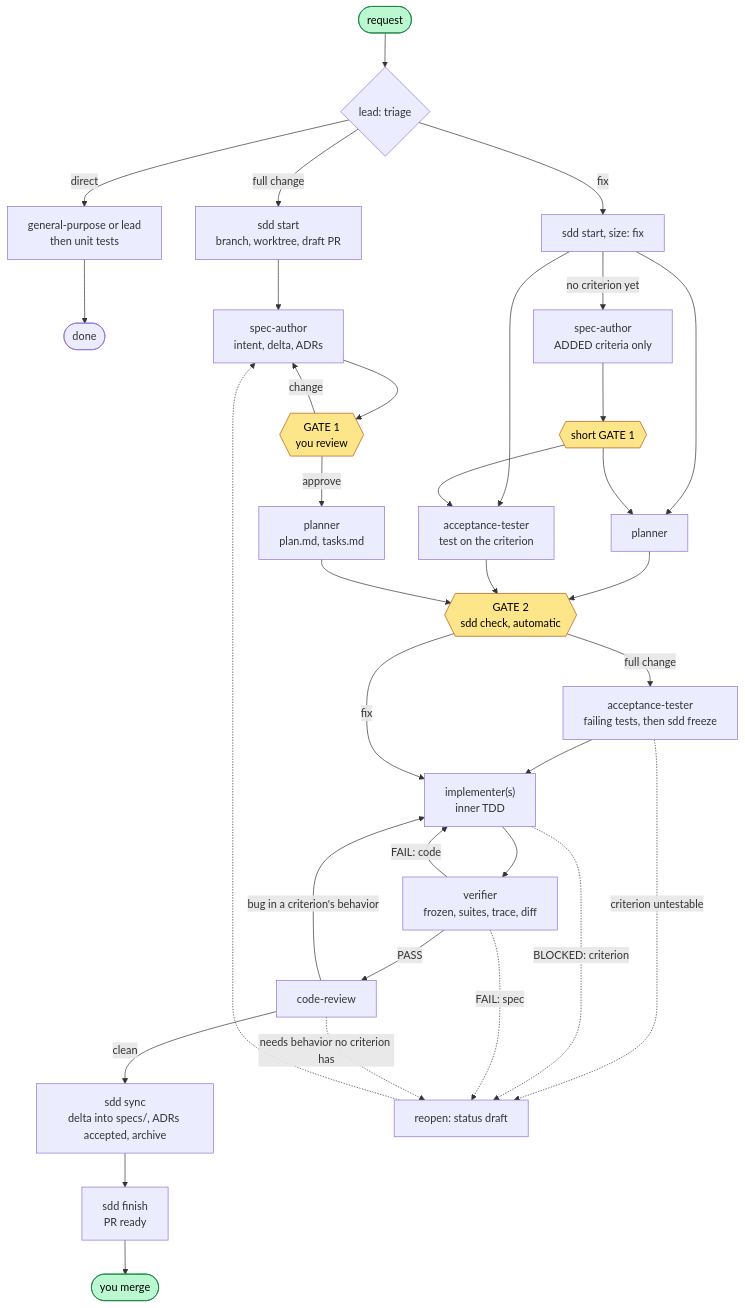
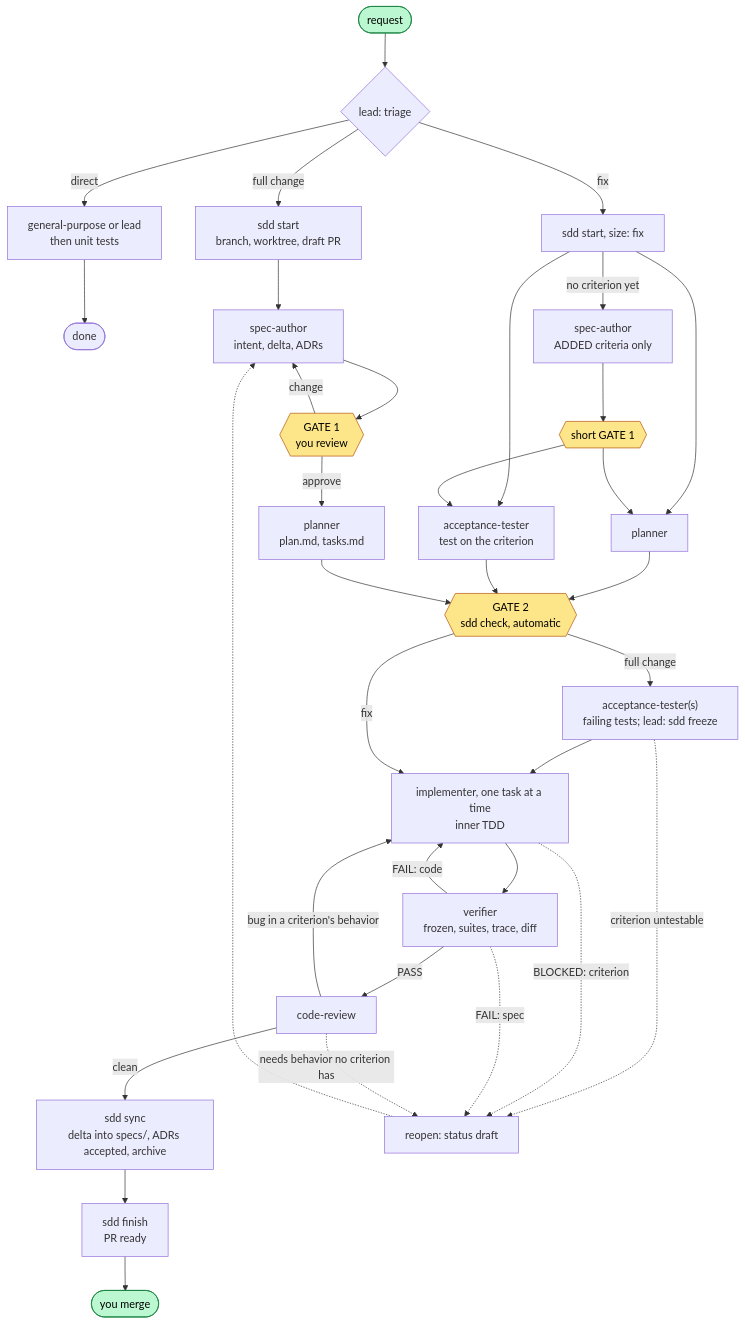
One commit to gpr/claude-plugins changed the diagram in plugins/meta/sdd/docs/explanation/workflow-overview.md. Above: the diagram before and after it, drawn with Mermaid. The commit also changed other lines of this file and 23 other files, not shown here.

````diff
--- a/plugins/meta/sdd/docs/explanation/workflow-overview.md
+++ b/plugins/meta/sdd/docs/explanation/workflow-overview.md
@@ -16,38 +16,38 @@
 ```mermaid
 flowchart TD
     R([request]) --> T{"lead: triage"}
     T -- direct --> D["general-purpose or lead<br/>then unit tests"] --> DONE1([done])
     T -- "full change" --> S1["sdd start<br/>branch, worktree, draft PR"]
     T -- fix --> S2["sdd start, size: fix"]
 
     S1 --> SA["spec-author<br/>intent, delta, ADRs"]
     SA --> G1{{"GATE 1<br/>you review"}}
     G1 -- change --> SA
     G1 -- approve --> PL["planner<br/>plan.md, tasks.md"]
 
     S2 --> PL2["planner"] & AT2["acceptance-tester<br/>test on the criterion"]
     S2 -- "no criterion yet" --> SF["spec-author<br/>ADDED criteria only"] --> GF{{"short GATE 1"}} --> PL2 & AT2
     PL2 & AT2 --> G2
 
     PL --> G2{{"GATE 2<br/>sdd check, automatic"}}
-    G2 -- "full change" --> AT["acceptance-tester<br/>failing tests, then sdd freeze"]
+    G2 -- "full change" --> AT["acceptance-tester(s)<br/>failing tests; lead: sdd freeze"]
     AT --> IM
-    G2 -- fix --> IM["implementer(s)<br/>inner TDD"]
+    G2 -- fix --> IM["implementer, one task at a time<br/>inner TDD"]
     IM --> VE["verifier<br/>frozen, suites, trace, diff"]
     VE -- PASS --> CR["code-review"]
     VE -- "FAIL: code" --> IM
     CR -- "bug in a criterion's behavior" --> IM
     CR -- clean --> SY["sdd sync<br/>delta into specs/, ADRs accepted, archive"]
     SY --> FI["sdd finish<br/>PR ready"] --> M([you merge])
 
     AT -. "criterion untestable" .-> RO
     IM -. "BLOCKED: criterion" .-> RO
     VE -. "FAIL: spec" .-> RO
     CR -. "needs behavior no criterion has" .-> RO
     RO["reopen: status draft"] -.-> SA
 
     classDef gate fill:#fde68a,stroke:#b45309,color:#000
     classDef you fill:#bbf7d0,stroke:#15803d,color:#000
     class G1,G2,GF gate
     class R,M you
 ```
````
